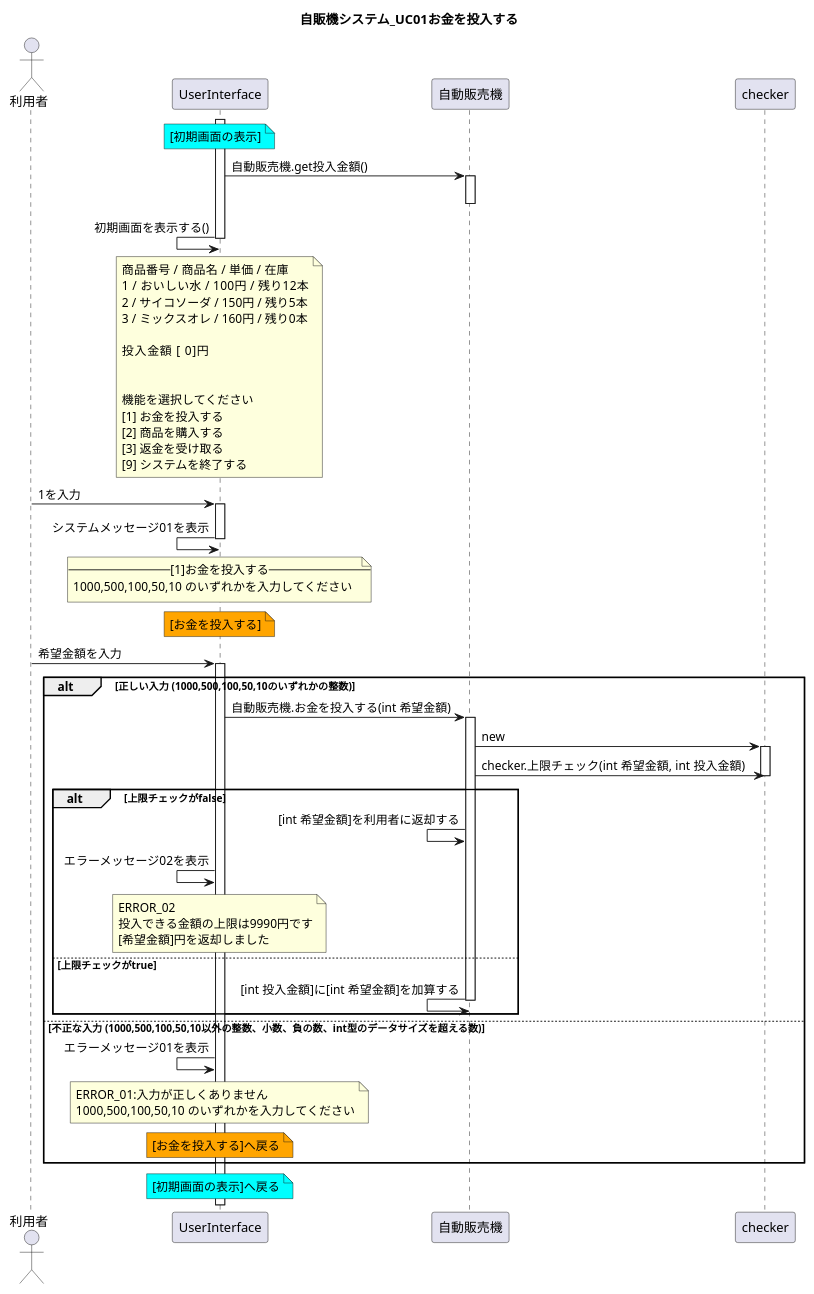
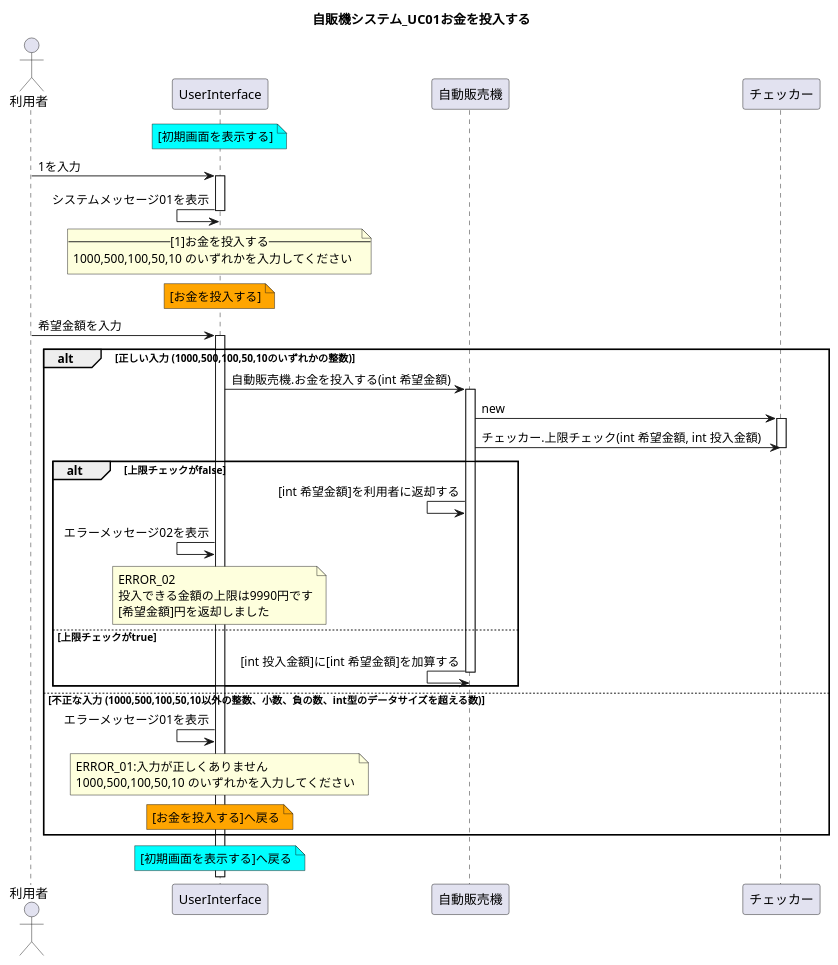
One commit to W-Nakayama-24/VendingMachine_CUI changed the diagram in UML_class_sequence/VendingMachine_sequence01.puml. Above: the diagram before and after it, drawn with PlantUML. The commit also changed 3 other files, not shown here.

Commit message:
FIX classDiag, sequence01-02. CREATE sequenceInit

```diff
--- a/UML_class_sequence/VendingMachine_sequence01.puml
+++ b/UML_class_sequence/VendingMachine_sequence01.puml
@@ -1,96 +1,72 @@
 @startuml
 title 自販機システム_UC01お金を投入する
 
 actor 利用者
-
-activate UserInterface
-
 note over UserInterface #Cyan
-[初期画面の表示]
+[初期画面を表示する]
 end note
-UserInterface -> 自動販売機 : 自動販売機.get投入金額()
-activate 自動販売機
-deactivate 自動販売機
-UserInterface <- UserInterface : 初期画面を表示する()
-    note over UserInterface
-    商品番号 / 商品名 / 単価  / 在庫
-    1 / おいしい水   / 100円 / 残り12本
-    2 / サイコソーダ / 150円 / 残り5本
-    3 / ミックスオレ / 160円 / 残り0本
-
-    投入金額 [   0]円
-
-
-    機能を選択してください
-    [1] お金を投入する
-    [2] 商品を購入する
-    [3] 返金を受け取る
-    [9] システムを終了する
-    end note
-deactivate UserInterface
-
 
 利用者 -> UserInterface : 1を入力
 activate UserInterface
 
 
 UserInterface <- UserInterface : システムメッセージ01を表示
     note over UserInterface
     --[1]お金を投入する--
     1000,500,100,50,10 のいずれかを入力してください
     end note
 deactivate UserInterface
 
 
 note over UserInterface #Orange
 [お金を投入する]
 end note
 利用者 -> UserInterface : 希望金額を入力
 '不正な入力はUIの段階で弾いておくべきではないか? 現実の自販機も異物は突っ込めない
 '自分で定めた条件や、sc.nextInt()の例外を拾う
 activate UserInterface
 
 alt 正しい入力 (1000,500,100,50,10のいずれかの整数)
 
 UserInterface -> 自動販売機 : 自動販売機.お金を投入する(int 希望金額)
 activate 自動販売機
-自動販売機 -> checker : new
-activate checker
+自動販売機 -> チェッカー : new
+activate チェッカー
 
-自動販売機 -> checker : checker.上限チェック(int 希望金額, int 投入金額)
-deactivate checker
+自動販売機 -> チェッカー : チェッカー.上限チェック(int 希望金額, int 投入金額)
+deactivate チェッカー
 
 alt 上限チェックがfalse
 自動販売機 <- 自動販売機 : [int 希望金額]を利用者に返却する
 UserInterface <- UserInterface : エラーメッセージ02を表示
 
     note over UserInterface
     ERROR_02
     投入できる金額の上限は9990円です
     [希望金額]円を返却しました
     end note
 
 else 上限チェックがtrue
 自動販売機 <- 自動販売機 : [int 投入金額]に[int 希望金額]を加算する
 deactivate 自動販売機
 end
 
 
 
 else 不正な入力 (1000,500,100,50,10以外の整数、小数、負の数、int型のデータサイズを超える数)
 UserInterface <- UserInterface : エラーメッセージ01を表示
     note over UserInterface
     ERROR_01:入力が正しくありません
     1000,500,100,50,10 のいずれかを入力してください
     end note
 
     note over UserInterface #Orange
     [お金を投入する]へ戻る
     end note
 end
 
 note over UserInterface #Cyan
-[初期画面の表示]へ戻る
+[初期画面を表示する]へ戻る
 end note
 
 @enduml
```
